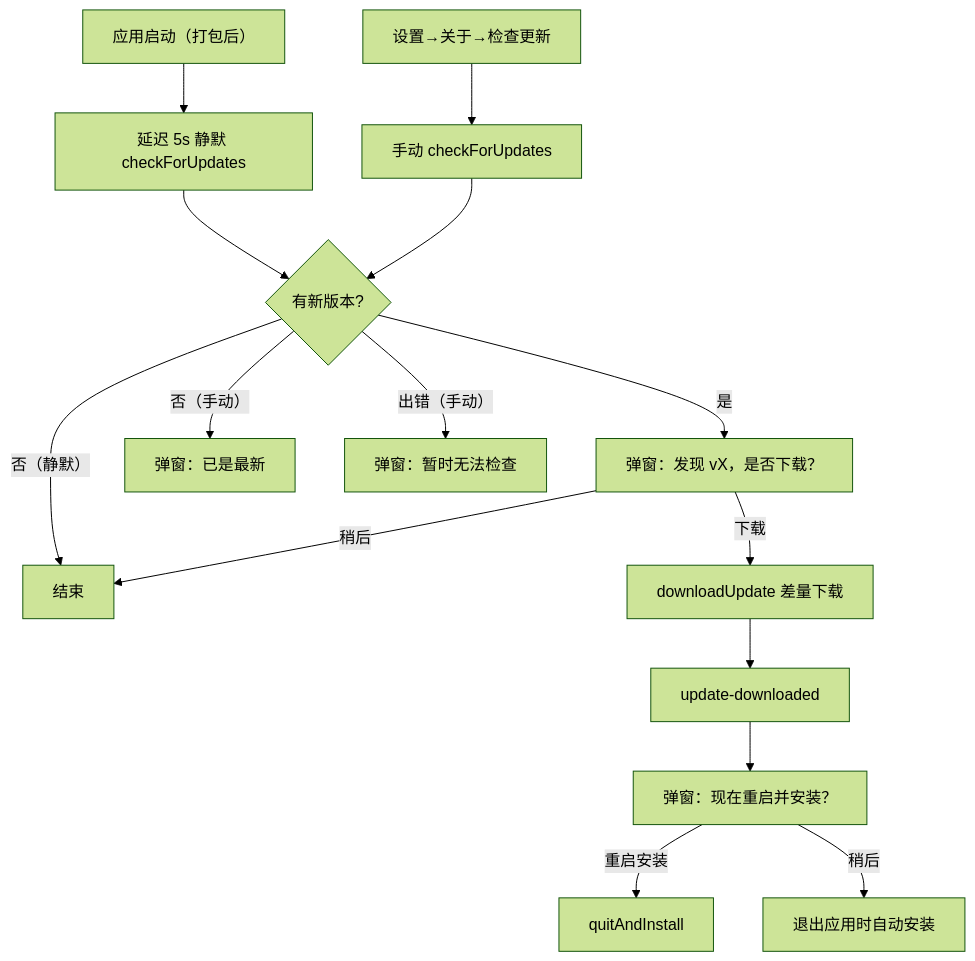
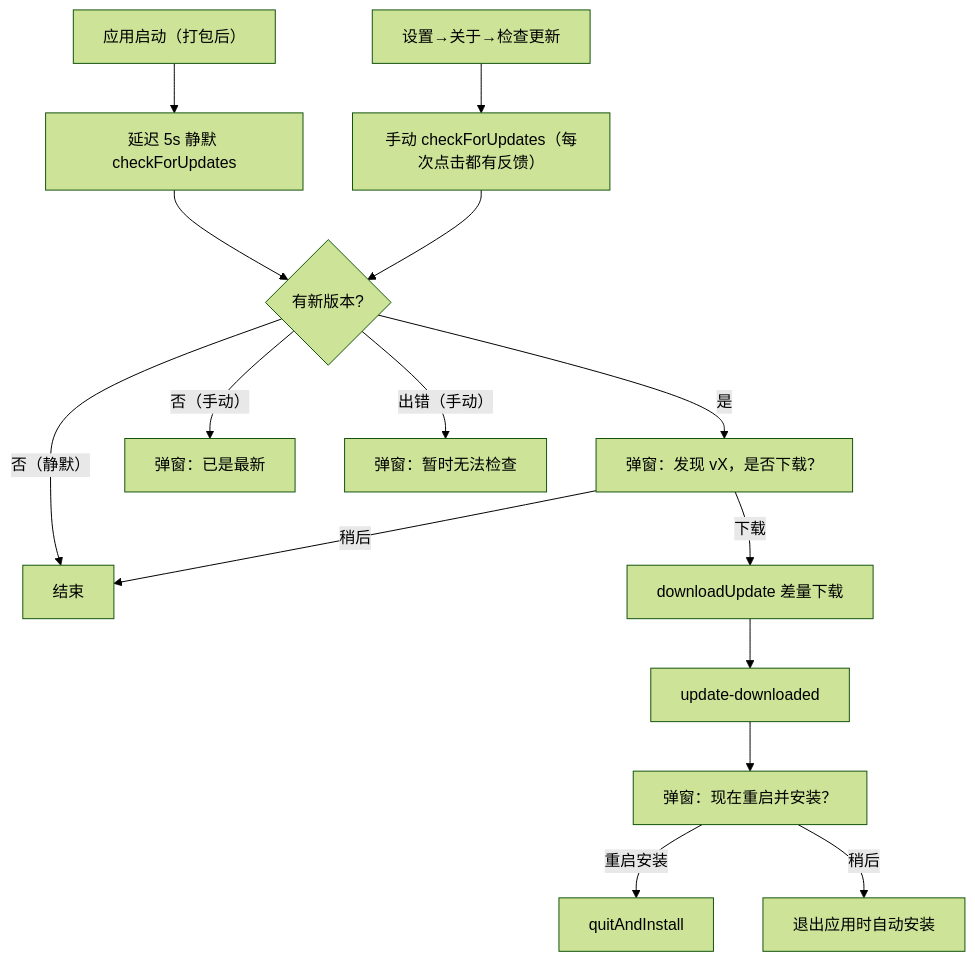
One commit to o8x/ships changed the sixth of 6 diagrams in docs/PRD.md. Above: the diagram before and after it, drawn with Mermaid (forest theme). The commit also changed other lines of this file and 8 other files, not shown here.

````diff
--- a/docs/PRD.md
+++ b/docs/PRD.md
@@ -517,17 +517,17 @@
 ```mermaid
 flowchart TD
   A[应用启动（打包后）] --> B[延迟 5s 静默 checkForUpdates]
-  J[设置→关于→检查更新] --> K[手动 checkForUpdates]
+  J[设置→关于→检查更新] --> K["手动 checkForUpdates（每次点击都有反馈）"]
   B --> C{有新版本?}
   K --> C
   C -- 是 --> D["弹窗：发现 vX，是否下载？"]
   C -- 否（手动） --> N[弹窗：已是最新]
   C -- 否（静默） --> Z[结束]
   C -- 出错（手动） --> E[弹窗：暂时无法检查]
   D -- 稍后 --> Z
   D -- 下载 --> F[downloadUpdate 差量下载]
   F --> G[update-downloaded]
   G --> H["弹窗：现在重启并安装？"]
   H -- 重启安装 --> I[quitAndInstall]
   H -- 稍后 --> Q[退出应用时自动安装]
 ```
````
